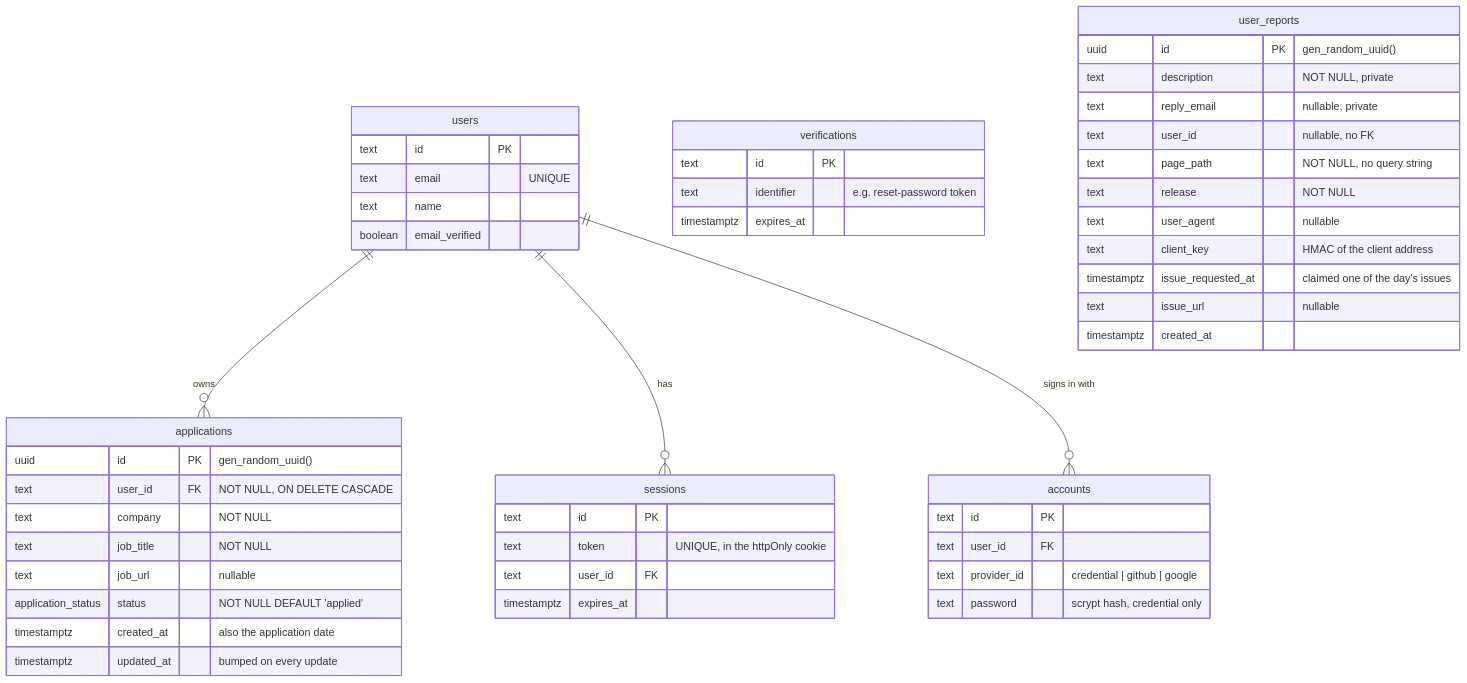
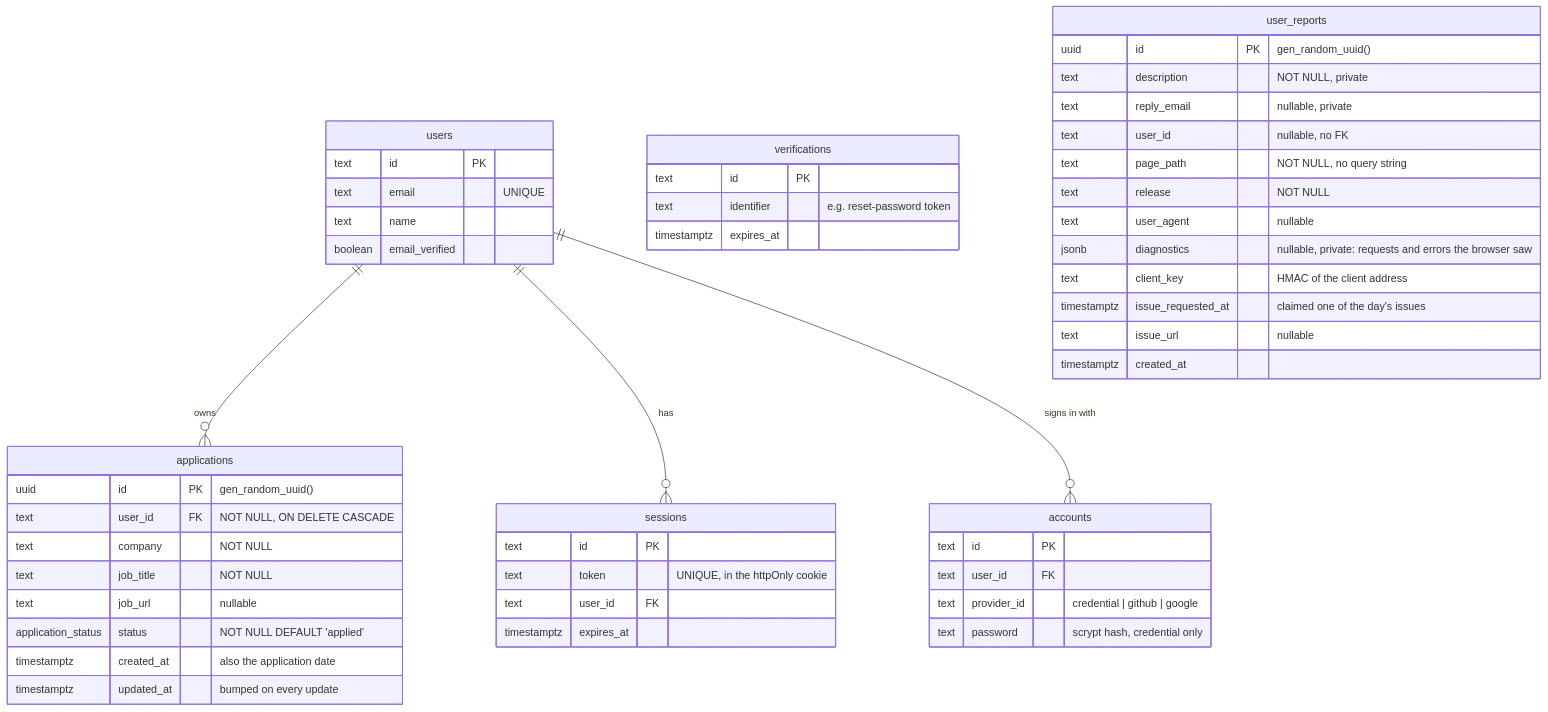
One commit to brianpatterson/roundtable changed the third of 8 diagrams in docs/architecture.md. Above: the diagram before and after it, drawn with Mermaid. The commit also changed other lines of this file and 6 other files, not shown here.

````diff
--- a/docs/architecture.md
+++ b/docs/architecture.md
@@ -171,52 +181,53 @@
 ```mermaid
 erDiagram
   users ||--o{ applications : owns
   users ||--o{ sessions : has
   users ||--o{ accounts : "signs in with"
   users {
     text id PK
     text email "UNIQUE"
     text name
     boolean email_verified
   }
   sessions {
     text id PK
     text token "UNIQUE, in the httpOnly cookie"
     text user_id FK
     timestamptz expires_at
   }
   accounts {
     text id PK
     text user_id FK
     text provider_id "credential | github | google"
     text password "scrypt hash, credential only"
   }
   verifications {
     text id PK
     text identifier "e.g. reset-password token"
     timestamptz expires_at
   }
   applications {
     uuid id PK "gen_random_uuid()"
     text user_id FK "NOT NULL, ON DELETE CASCADE"
     text company "NOT NULL"
     text job_title "NOT NULL"
     text job_url "nullable"
     application_status status "NOT NULL DEFAULT 'applied'"
     timestamptz created_at "also the application date"
     timestamptz updated_at "bumped on every update"
   }
   user_reports {
     uuid id PK "gen_random_uuid()"
     text description "NOT NULL, private"
     text reply_email "nullable, private"
     text user_id "nullable, no FK"
     text page_path "NOT NULL, no query string"
     text release "NOT NULL"
     text user_agent "nullable"
+    jsonb diagnostics "nullable, private: requests and errors the browser saw"
     text client_key "HMAC of the client address"
     timestamptz issue_requested_at "claimed one of the day's issues"
     text issue_url "nullable"
     timestamptz created_at
   }
 ```
````
